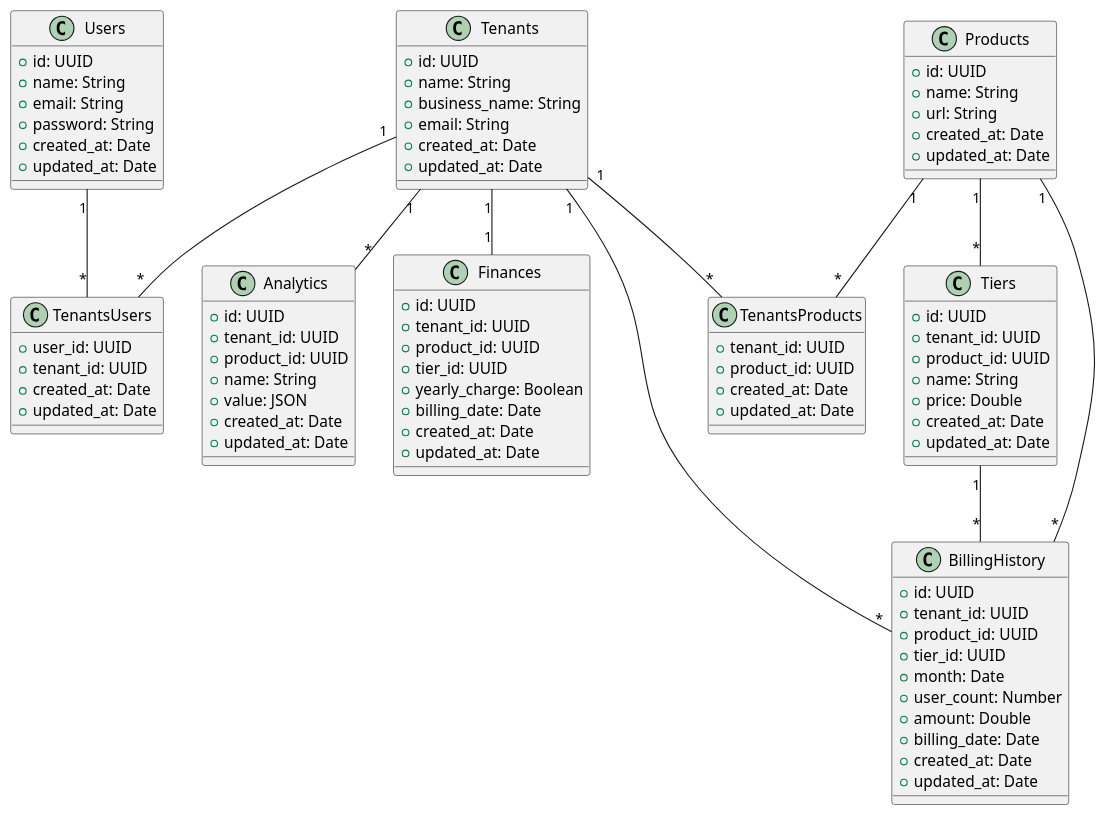
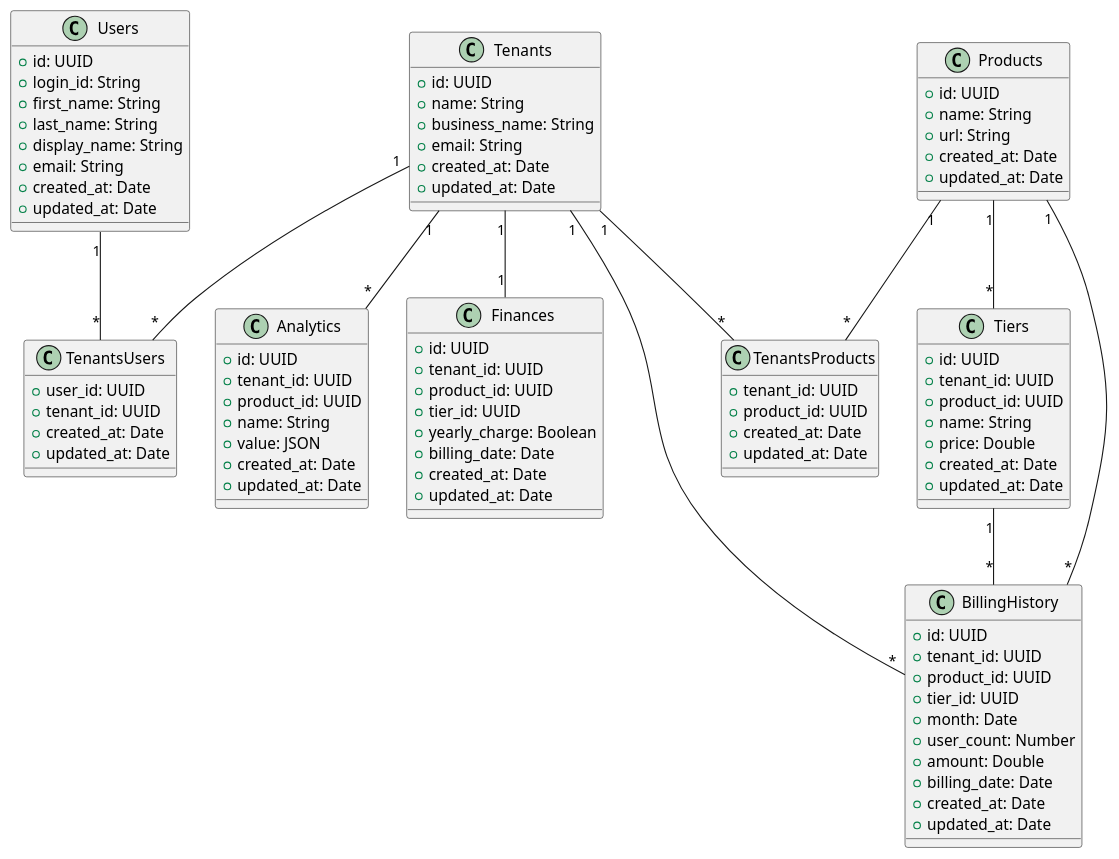
One commit to Cecildt/multi-tenants-web-platform changed the diagram in design-docs/plantuml/database-design.puml. Above: the diagram before and after it, drawn with PlantUML. The commit also changed 11 other files, not shown here.

```diff
--- a/design-docs/plantuml/database-design.puml
+++ b/design-docs/plantuml/database-design.puml
@@ -1,96 +1,98 @@
 @startuml database-design
 class Tenants {
     + id: UUID
     + name: String
     + business_name: String
     + email: String
     + created_at: Date
     + updated_at: Date
 }
 
 class Products {
     + id: UUID
     + name: String
     + url: String
     + created_at: Date
     + updated_at: Date
 }
 
 class TenantsProducts {
     + tenant_id: UUID
     + product_id: UUID
     + created_at: Date
     + updated_at: Date
 }
 
 class Tiers {
     + id: UUID
     + tenant_id: UUID
     + product_id: UUID
     + name: String
     + price: Double
     + created_at: Date
     + updated_at: Date
 }
 
 class Users {
     + id: UUID
-    + name: String
+    + login_id: String
+    + first_name: String
+    + last_name: String
+    + display_name: String
     + email: String
-    + password: String
     + created_at: Date
     + updated_at: Date
 }
 
 class TenantsUsers {
     + user_id: UUID
     + tenant_id: UUID
     + created_at: Date
     + updated_at: Date
 }
 
 class Analytics {
     + id: UUID
     + tenant_id: UUID
     + product_id: UUID
     + name: String
     + value: JSON
     + created_at: Date
     + updated_at: Date
 }
 
 class Finances {
     + id: UUID
     + tenant_id: UUID
     + product_id: UUID
     + tier_id: UUID
     + yearly_charge: Boolean
     + billing_date: Date
     + created_at: Date
     + updated_at: Date
 }
 
 class BillingHistory {
     + id: UUID
     + tenant_id: UUID
     + product_id: UUID
     + tier_id: UUID
     + month: Date
     + user_count: Number
     + amount: Double
     + billing_date: Date
     + created_at: Date
     + updated_at: Date
 }
 
 Tenants "1" -- "*" TenantsProducts
 Products "1" -- "*" TenantsProducts
 Products "1" -- "*" Tiers
 Tenants "1" -- "*" TenantsUsers
 Users "1" -- "*" TenantsUsers
 Tenants "1" -- "*" Analytics
 Tenants "1" -- "1" Finances
 Tenants "1" -- "*" BillingHistory
 Products "1" -- "*" BillingHistory
 Tiers "1" -- "*" BillingHistory
 @enduml
```
